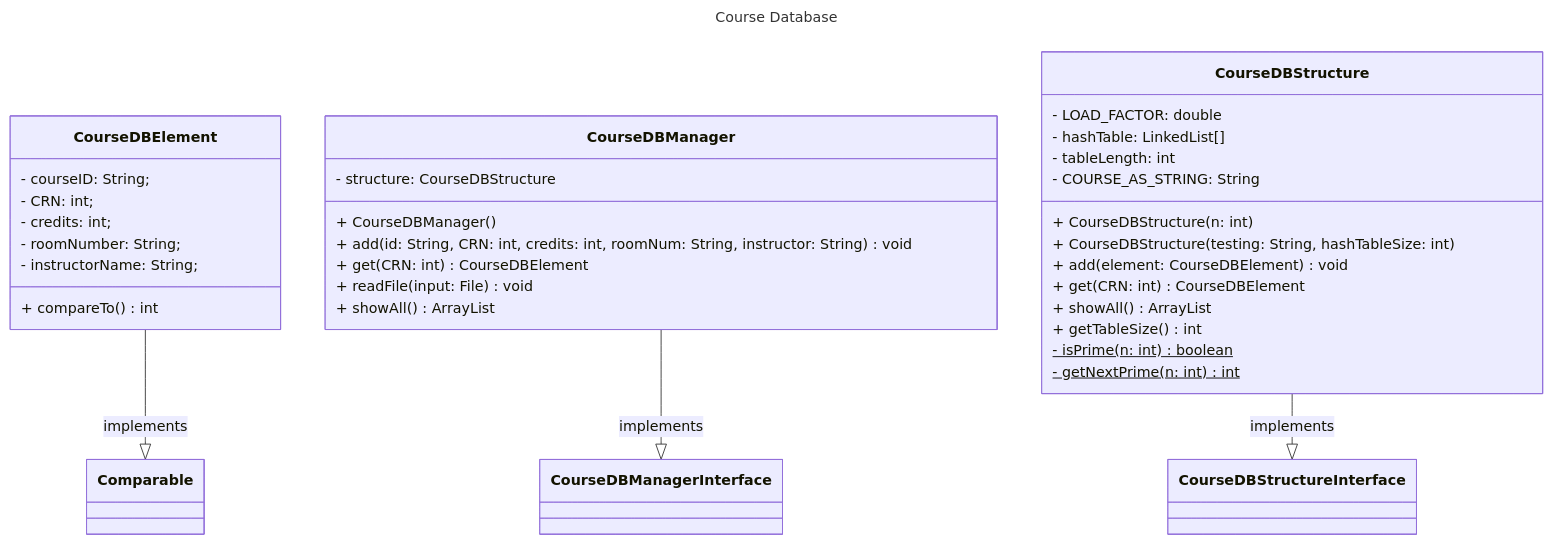
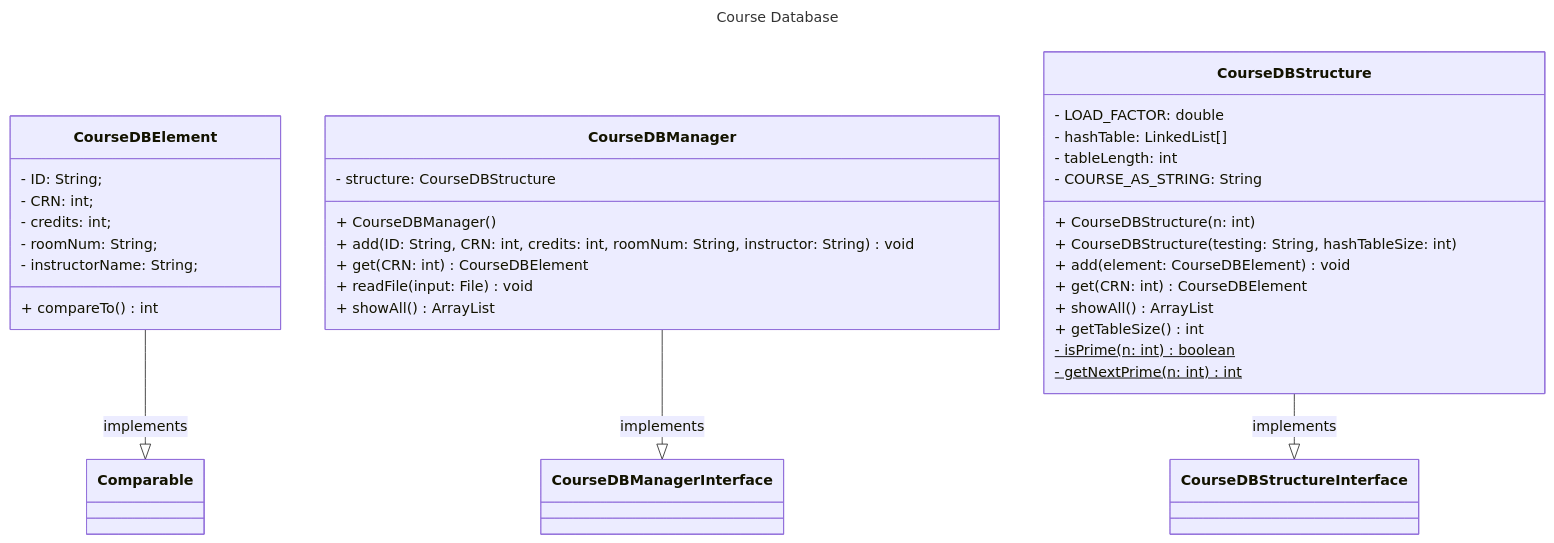
The diagram in content/project-designs/cmsc204/NguyenNicholas_Assignment4_Design/assignment4-design.md (nick-nugat/nick-nugat.github.io), drawn with Mermaid before and after one commit. The commit also changed other lines of this file and 1 other file, not shown here.

Commit message:
vault backup: 2024-03-15 20:08:59
Affected files:
content/.obsidian/plugins/update-time-on-edit/data.json
content/project-designs/cmsc204/NguyenNicholas_Assignment4_Design/assignment4-design.md

````diff
--- a/content/project-designs/cmsc204/NguyenNicholas_Assignment4_Design/assignment4-design.md
+++ b/content/project-designs/cmsc204/NguyenNicholas_Assignment4_Design/assignment4-design.md
@@ -15,51 +15,51 @@
 ```mermaid
 ---
 title: Course Database
 ---
 classDiagram
 	direction BT
 
 	Comparable <|-- CourseDBElement: implements
 	CourseDBManagerInterface <|-- CourseDBManager: implements
 	CourseDBStructureInterface <|-- CourseDBStructure: implements
 	
 	
 	class CourseDBElement { 
-	    - courseID: String;  
+	    - ID: String;  
 	    - CRN: int;  
 	    - credits: int;  
-	    - roomNumber: String;  
+	    - roomNum: String;  
 	    - instructorName: String;  
-	  
+		  
 	    + compareTo() int
 	}
 	
 	 class CourseDBManager{
 		 - structure: CourseDBStructure
 		 
 		 + CourseDBManager()
-		 + add(id: String, CRN: int, credits: int, roomNum: String, instructor: String) void
+		 + add(ID: String, CRN: int, credits: int, roomNum: String, instructor: String) void
 		 + get(CRN: int) CourseDBElement
 		 + readFile(input: File) void
 		 + showAll() ArrayList<String>
 	 }
 	
 	 class CourseDBStructure{
 		 - LOAD_FACTOR: double
 		 - hashTable: LinkedList<CourseDBElement>[]
 		 - tableLength: int
 		 - COURSE_AS_STRING: String
 		   
 		 + CourseDBStructure(n: int)
 		 + CourseDBStructure(testing: String, hashTableSize: int)
 		 + add(element: CourseDBElement) void
 		 + get(CRN: int) CourseDBElement
 		 + showAll() ArrayList<String>
 		 + getTableSize() int
 		 %%helper methods%%
 		 - isPrime(n: int) boolean$ 
 		 - getNextPrime(n: int) int$
 	 }
 
 
 ```
````
